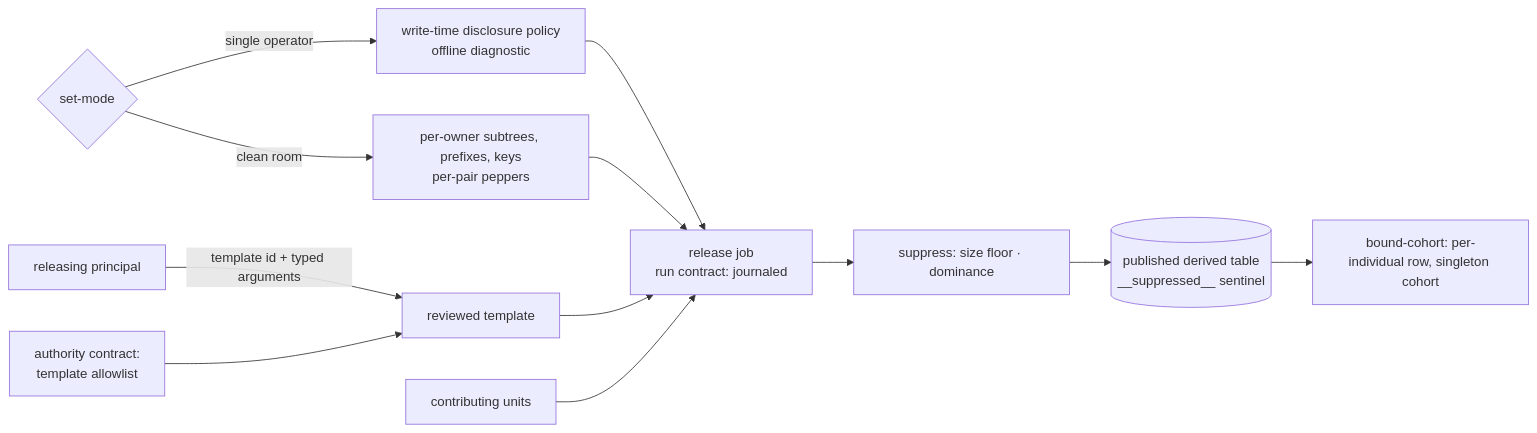
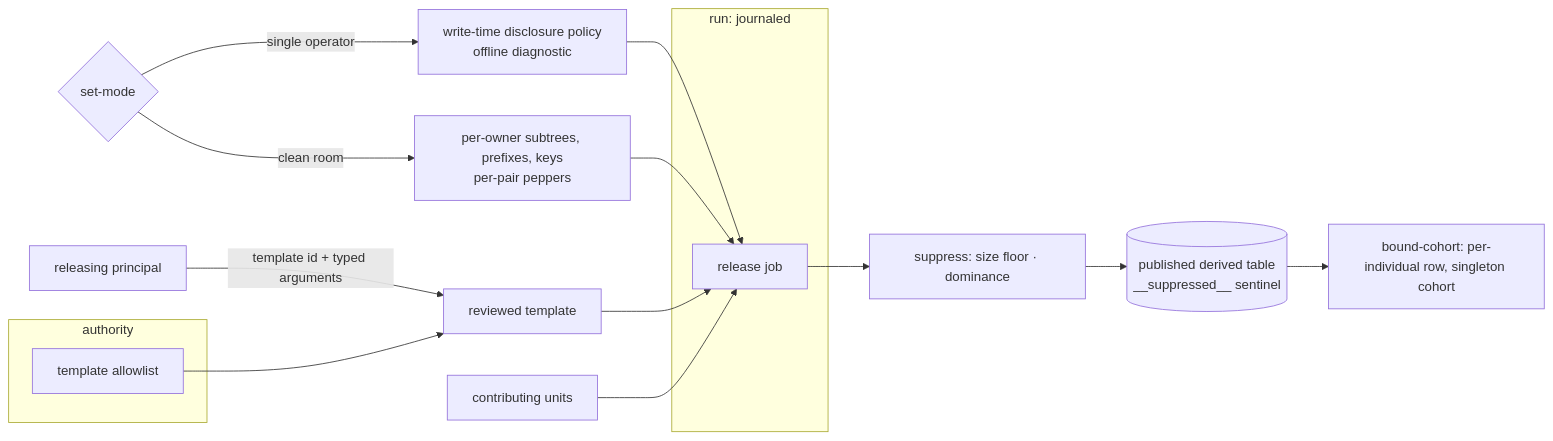
The first of 2 diagrams in spec/61-disclosure.md (fractalboxdev/contextful), drawn with Mermaid before and after one commit. The commit also changed 33 other files, not shown here.

Commit message:
spec: diagrams draw contracts, parties and trust zones as containers; a node standing for one is refused

````diff
--- a/spec/61-disclosure.md
+++ b/spec/61-disclosure.md
@@ -20,14 +20,21 @@
 ```mermaid
 flowchart LR
   MODE{"set-mode"} -- "single operator" --> SO["write-time disclosure policy<br/>offline diagnostic"]
   MODE -- "clean room" --> CR["per-owner subtrees, prefixes, keys<br/>per-pair peppers"]
   CALLER["releasing principal"] -- "template id + typed arguments" --> TPL["reviewed template"]
-  AUTH["authority contract:<br/>template allowlist"] --> TPL
+  subgraph AUTH["authority"]
+    TA["template allowlist"]
+  end
+  subgraph RUN["run: journaled"]
+    REL["release job"]
+  end
+  UNITS["contributing units"]
+  TA --> TPL
   SO --> REL
   CR --> REL
-  TPL --> REL["release job<br/>run contract: journaled"]
-  UNITS["contributing units"] --> REL
+  TPL --> REL
+  UNITS --> REL
   REL --> SUP["suppress: size floor · dominance"]
   SUP --> PUB[("published derived table<br/>__suppressed__ sentinel")]
   PUB --> COH["bound-cohort: per-individual row, singleton cohort"]
 ```
````
